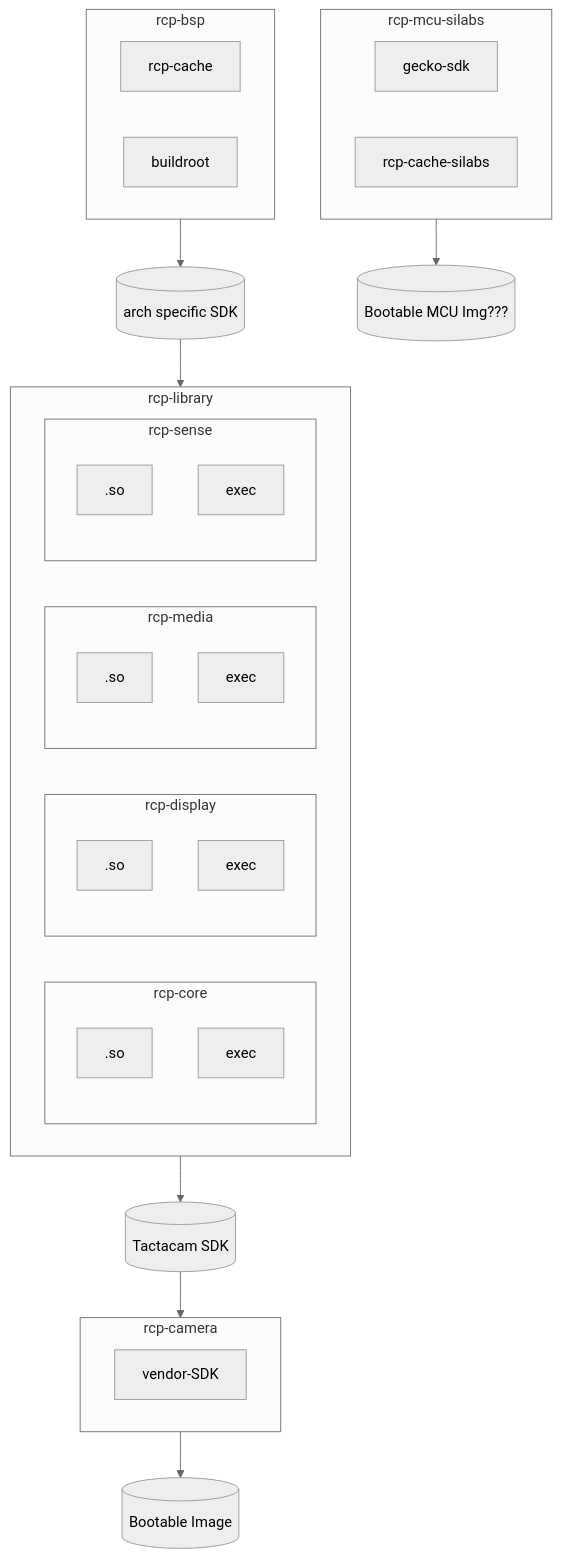
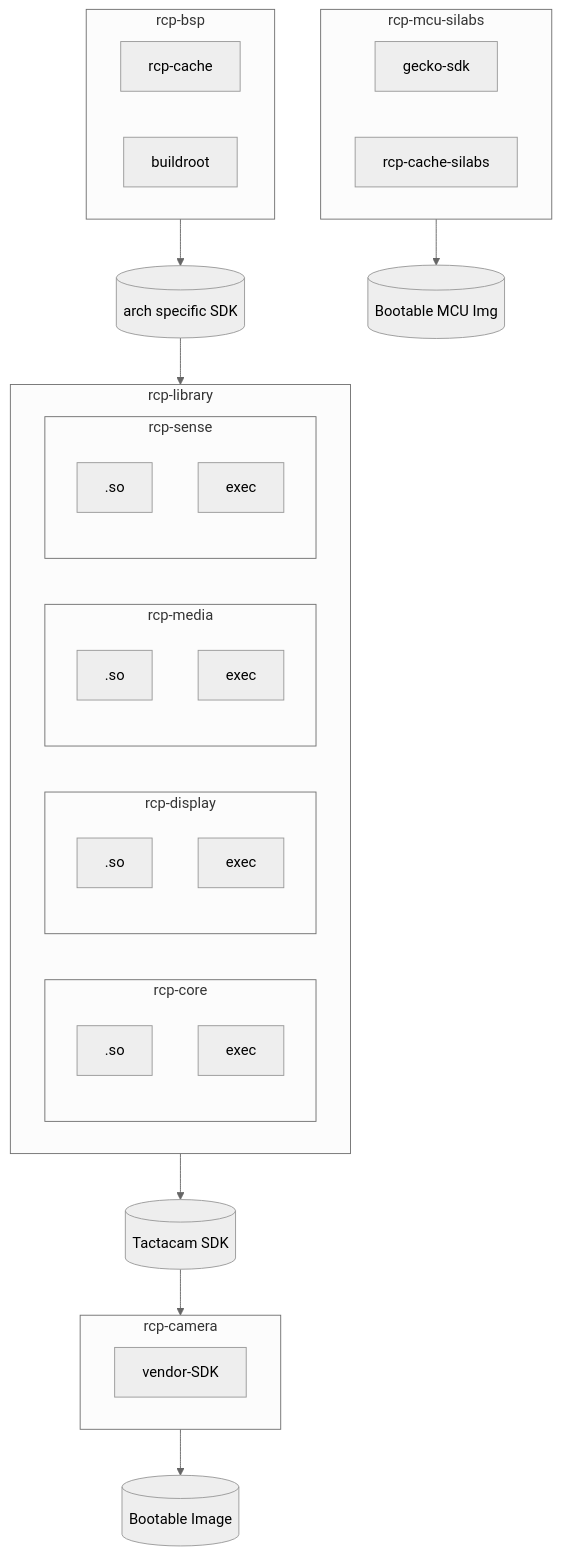
Before and after one commit to tactacam-ryanmoe/markdown-test: the third of 3 diagrams in README.md, drawn with Mermaid (neutral theme). The commit also changed other lines of this file, not shown here.

````diff
--- a/README.md
+++ b/README.md
@@ -103,55 +103,54 @@
 ```mermaid
 flowchart TB
 
     %% ----- Objects -----
     subgraph rcp-bsp
         rcp-cache
         buildroot
     end
-
-    rcp-bsp --> SDK
+    
     SDK[(arch specific SDK)]
     
-
-    SDK --> rcp-library
     subgraph rcp-library
         subgraph rcp-core
             coreso[.so]
             coreexe[exec]
         end
         subgraph rcp-display
             displayso[.so]
             displayexe[exec]
         end
         subgraph rcp-media
             mediaso[.so]
             mediaexe[exec]
         end
         subgraph rcp-sense
             senseso[.so]
             senseexe[exec]
         end
     end
-
-    rcp-library --> TACTACAMSDK
+    
     TACTACAMSDK[(Tactacam SDK)]
-
-    TACTACAMSDK --> rcp-camera
+    
     subgraph rcp-camera
         vendor-SDK
     end
 
-    rcp-camera --> BOOTABLE
     BOOTABLE[(Bootable Image)]
 
     subgraph rcp-mcu-silabs
         gecko-sdk
         rcp-cache-silabs
     end
 
-    MCUIMG[(Bootable MCU Img???)]
-    rcp-mcu-silabs --> MCUIMG
+    MCUIMG[(Bootable MCU Img)]
 
     %% ----- Lines -----
+    rcp-bsp --> SDK
+    SDK --> rcp-library
+    rcp-library --> TACTACAMSDK
+    TACTACAMSDK --> rcp-camera
+    rcp-camera --> BOOTABLE
+    rcp-mcu-silabs --> MCUIMG
     
 ```
````
